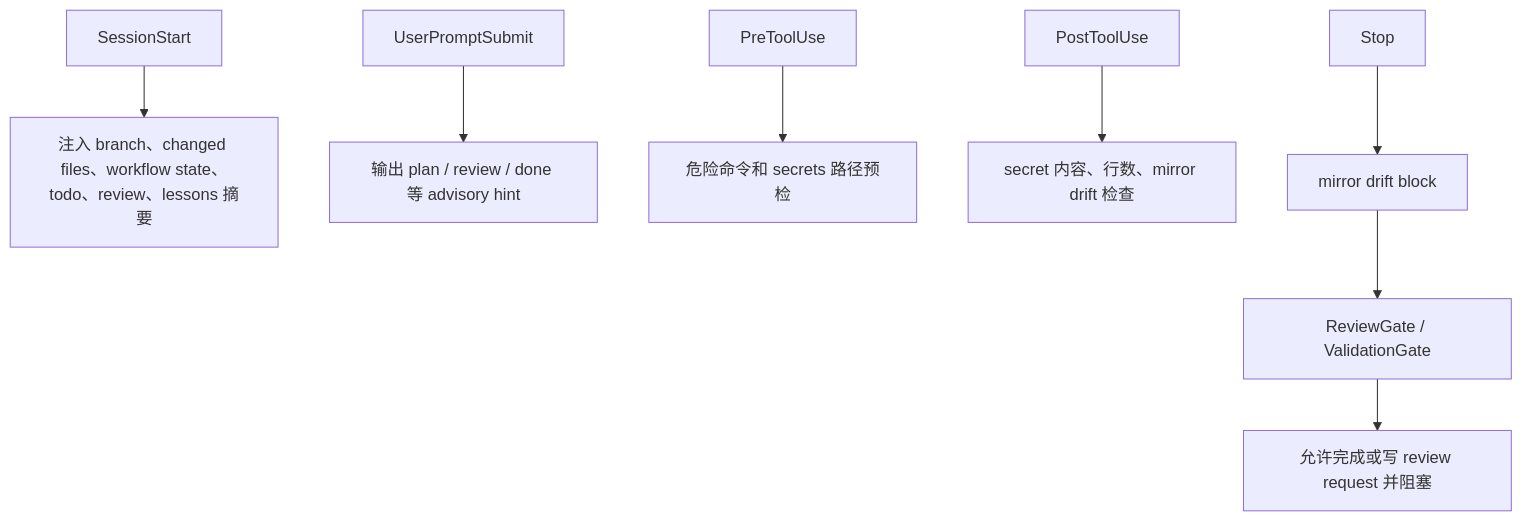
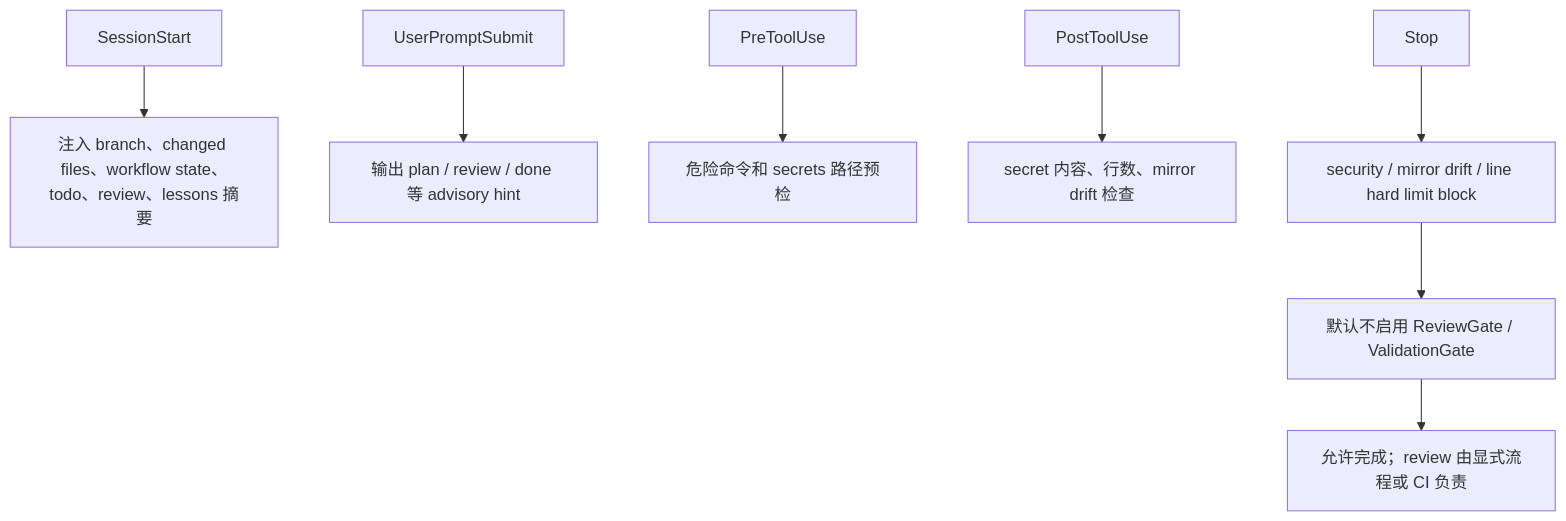
One commit to xiamulo/ApexPowers changed the second of 2 diagrams in docs/apexpowers-skills-agents-hooks.md. Above: the diagram before and after it, drawn with Mermaid. The commit also changed other lines of this file and 35 other files, not shown here.

````diff
--- a/docs/apexpowers-skills-agents-hooks.md
+++ b/docs/apexpowers-skills-agents-hooks.md
@@ -309,10 +309,10 @@
 ```mermaid
 flowchart TD
   A["SessionStart"] --> B["注入 branch、changed files、workflow state、todo、review、lessons 摘要"]
   C["UserPromptSubmit"] --> D["输出 plan / review / done 等 advisory hint"]
   E["PreToolUse"] --> F["危险命令和 secrets 路径预检"]
   G["PostToolUse"] --> H["secret 内容、行数、mirror drift 检查"]
-  I["Stop"] --> J["mirror drift block"]
-  J --> K["ReviewGate / ValidationGate"]
-  K --> L["允许完成或写 review request 并阻塞"]
+  I["Stop"] --> J["security / mirror drift / line hard limit block"]
+  J --> K["默认不启用 ReviewGate / ValidationGate"]
+  K --> L["允许完成；review 由显式流程或 CI 负责"]
 ```
````
